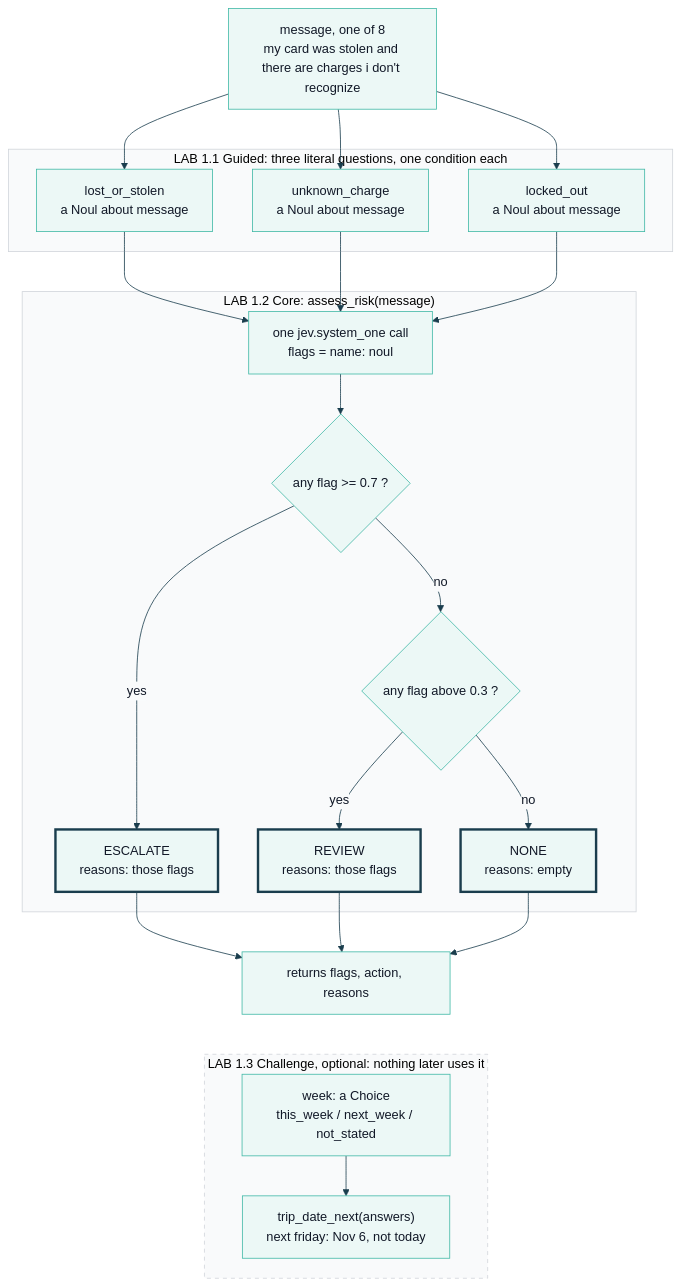
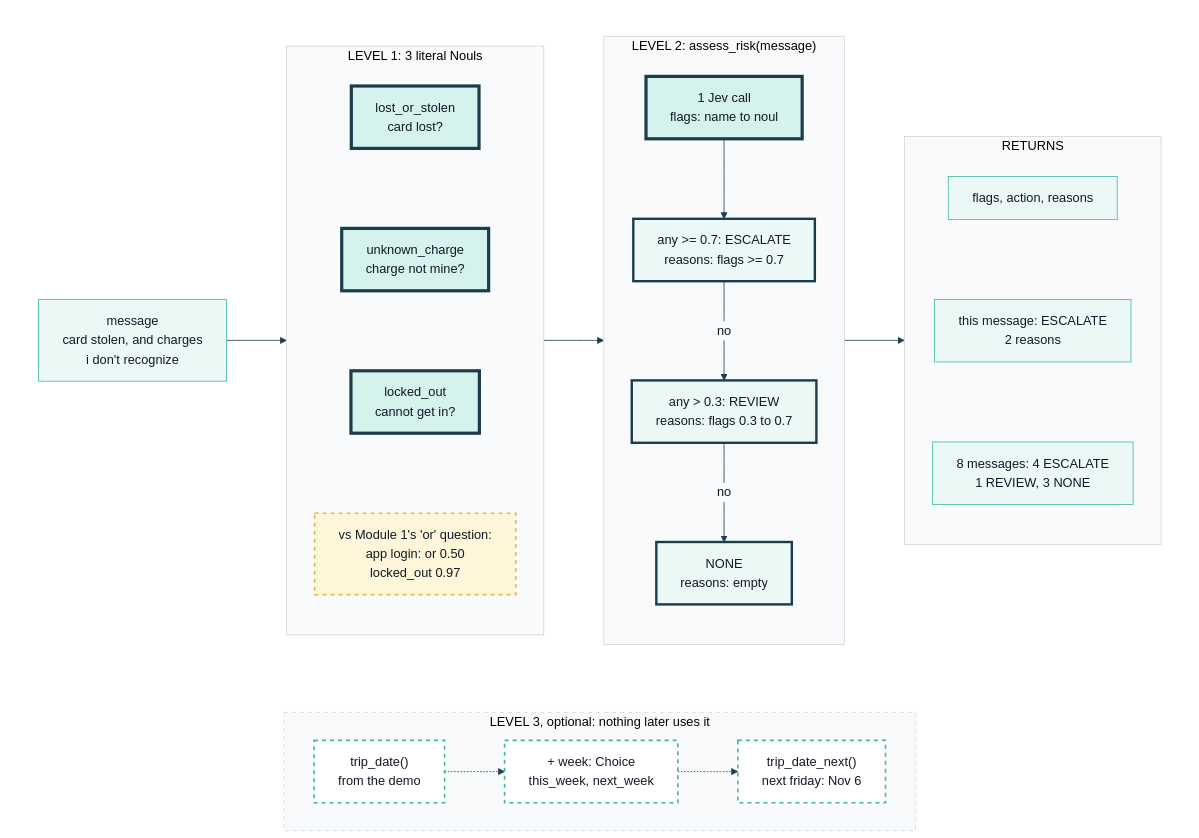
One commit to axel-sirota/getting_started_jev changed the diagram in course/diagrams/module_02/p1-lab-map.mmd. Above: the diagram before and after it, drawn with Mermaid. The commit also changed 75 other files, not shown here.

Commit message:
Modules 1 and 2: visual pass (figures redrawn to read-at-a-glance limits, demo charts, lab maps, prose cut)

```diff
--- a/course/diagrams/module_02/p1-lab-map.mmd
+++ b/course/diagrams/module_02/p1-lab-map.mmd
@@ -1,45 +1,49 @@
 %%{init: {"theme": "base", "themeVariables": {"fontFamily": "Inter, sans-serif", "primaryColor": "#ECF8F6", "primaryBorderColor": "#40B8A6", "primaryTextColor": "#111827", "lineColor": "#1A3D4D", "secondaryColor": "#F9FAFB", "tertiaryColor": "#FFFFFF", "clusterBkg": "#F9FAFB", "clusterBorder": "#D1D5DB", "actorBkg": "#ECF8F6", "actorBorder": "#40B8A6", "noteBkgColor": "#FFF6DA", "noteBorderColor": "#E0B84C"}}}%%
-flowchart TD
-  M["message, one of 8<br/>my card was stolen and there are charges i don't recognize"]
-  subgraph L1["LAB 1.1 Guided: three literal questions, one condition each"]
-    Q1["lost_or_stolen<br/>a Noul about message"]
-    Q2["unknown_charge<br/>a Noul about message"]
-    Q3["locked_out<br/>a Noul about message"]
+flowchart TB
+  subgraph ROW1[" "]
+    direction LR
+    M["message<br/>card stolen, and charges<br/>i don't recognize"]
+    subgraph L1["LEVEL 1: 3 literal Nouls"]
+      direction TB
+      Q1["lost_or_stolen<br/>card lost?"]
+      Q2["unknown_charge<br/>charge not mine?"]
+      Q3["locked_out<br/>cannot get in?"]
+      OR["vs Module 1's 'or' question:<br/>app login: or 0.50<br/>locked_out 0.97"]
+      Q1 ~~~ Q2 ~~~ Q3 ~~~ OR
+    end
+    subgraph L2["LEVEL 2: assess_risk(message)"]
+      direction TB
+      J["1 Jev call<br/>flags: name to noul"]
+      R1["any >= 0.7: ESCALATE<br/>reasons: flags >= 0.7"]
+      R2["any > 0.3: REVIEW<br/>reasons: flags 0.3 to 0.7"]
+      R3["NONE<br/>reasons: empty"]
+      J --> R1 -- no --> R2 -- no --> R3
+    end
+    subgraph OUT["RETURNS"]
+      direction TB
+      O1["flags, action, reasons"]
+      O2["this message: ESCALATE<br/>2 reasons"]
+      O3["8 messages: 4 ESCALATE<br/>1 REVIEW, 3 NONE"]
+      O1 ~~~ O2 ~~~ O3
+    end
+    M --> L1 --> L2 --> OUT
   end
-  subgraph L2["LAB 1.2 Core: assess_risk(message)"]
-    J["one jev.system_one call<br/>flags = name: noul"]
-    R1{"any flag >= 0.7 ?"}
-    R2{"any flag above 0.3 ?"}
-    E["ESCALATE<br/>reasons: those flags"]
-    V["REVIEW<br/>reasons: those flags"]
-    N["NONE<br/>reasons: empty"]
+  subgraph L3["LEVEL 3, optional: nothing later uses it"]
+    direction LR
+    TD["trip_date()<br/>from the demo"]
+    W["+ week: Choice<br/>this_week, next_week"]
+    TN["trip_date_next()<br/>next friday: Nov 6"]
+    TD -.-> W -.-> TN
   end
-  OUT["returns flags, action, reasons"]
-  subgraph L3["LAB 1.3 Challenge, optional: nothing later uses it"]
-    W["week: a Choice<br/>this_week / next_week / not_stated"]
-    TN["trip_date_next(answers)<br/>next friday: Nov 6, not today"]
-  end
-  M --> Q1
-  M --> Q2
-  M --> Q3
-  Q1 --> J
-  Q2 --> J
-  Q3 --> J
-  J --> R1
-  R1 -- yes --> E
-  R1 -- no --> R2
-  R2 -- yes --> V
-  R2 -- no --> N
-  E --> OUT
-  V --> OUT
-  N --> OUT
-  W --> TN
-  OUT ~~~ W
+  ROW1 ~~~ L3
+
+  classDef mine fill:#D5F2EC,stroke:#1A3D4D,stroke-width:4px
+  classDef ok fill:#ECF8F6,stroke:#1A3D4D,stroke-width:3px
+  classDef opt fill:#FFFFFF,stroke:#40B8A6,stroke-width:2px,stroke-dasharray:5 5
+  class Q1,Q2,Q3,J mine
+  class R1,R2,R3 ok
+  classDef note fill:#FFF6DA,stroke:#E0B84C,stroke-width:2px,stroke-dasharray:5 5
+  class OR note
+  class TD,W,TN opt
   style L3 stroke-dasharray:5 5
-
-  classDef fail fill:#FDECEA,stroke:#B42318,stroke-width:4px
-  classDef changed fill:#D5F2EC,stroke:#1A3D4D,stroke-width:4px
-  classDef ok fill:#ECF8F6,stroke:#1A3D4D,stroke-width:3px
-  class E ok
-  class V ok
-  class N ok
+  style ROW1 fill:none,stroke:none
```
